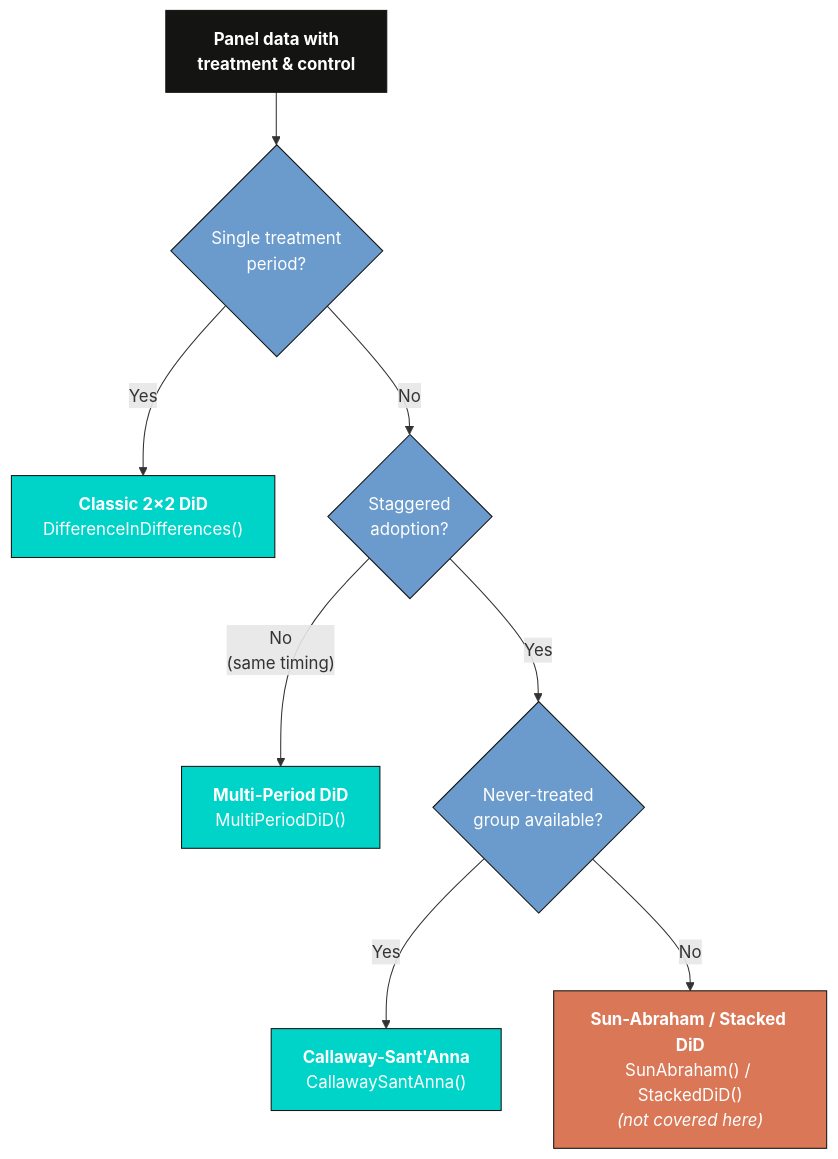
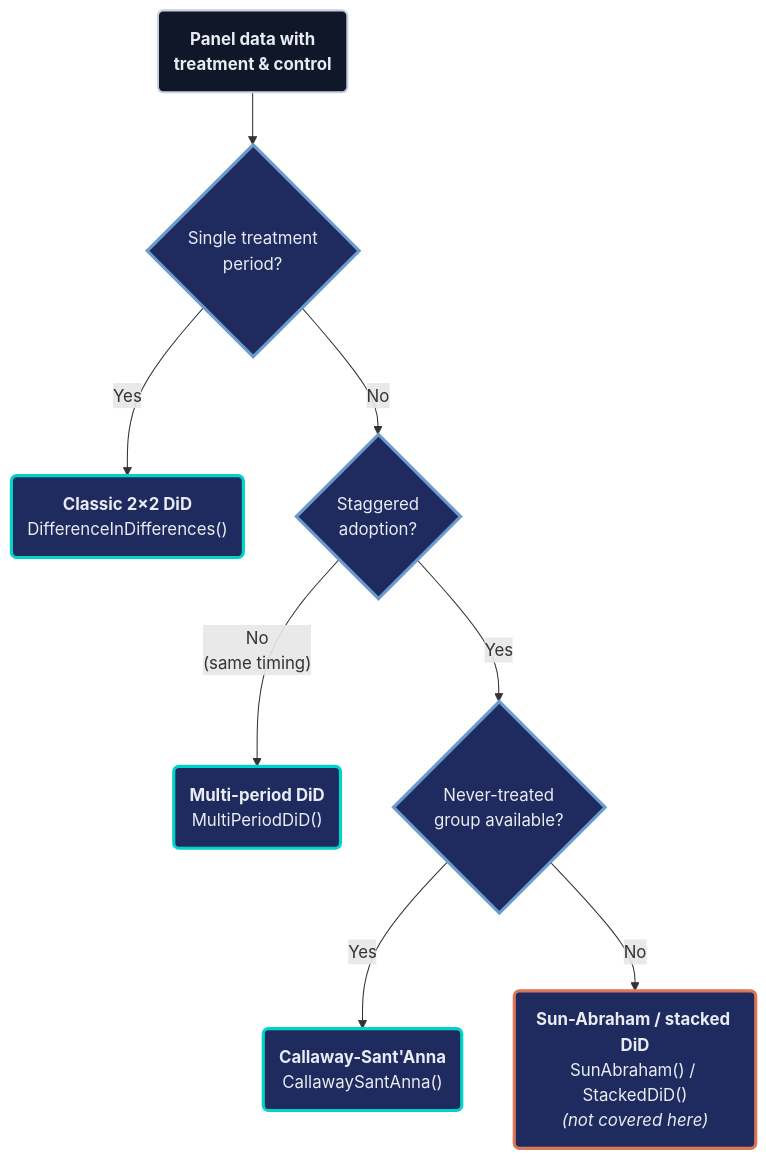
One commit to cmg777/starter-academic-v501 changed the second of 2 diagrams in content/post/python_did/references/tutorial.qmd. Above: the diagram before and after it, drawn with Mermaid. The commit also changed other lines of this file and 42 other files, not shown here.

First line of the commit message:
content(mermaid): restyle Mermaid copies in tutorial sources and the LaLonde slide deck

````diff
--- a/content/post/python_did/references/tutorial.qmd
+++ b/content/post/python_did/references/tutorial.qmd
@@ -882,19 +882,23 @@
 ```{mermaid}
 graph TD
-    A["<b>Panel data with<br/>treatment & control</b>"] --> B{"Single treatment<br/>period?"}
-    B -->|Yes| C["<b>Classic 2×2 DiD</b><br/>DifferenceInDifferences()"]
+    A("<b>Panel data with<br/>treatment & control</b>") --> B{"Single treatment<br/>period?"}
+    B -->|Yes| C("<b>Classic 2×2 DiD</b><br/>DifferenceInDifferences()")
     B -->|No| D{"Staggered<br/>adoption?"}
-    D -->|"No<br/>(same timing)"| E["<b>Multi-Period DiD</b><br/>MultiPeriodDiD()"]
+    D -->|"No<br/>(same timing)"| E("<b>Multi-period DiD</b><br/>MultiPeriodDiD()")
     D -->|Yes| F{"Never-treated<br/>group available?"}
-    F -->|Yes| G["<b>Callaway-Sant'Anna</b><br/>CallawaySantAnna()"]
-    F -->|No| H["<b>Sun-Abraham / Stacked DiD</b><br/>SunAbraham() / StackedDiD()<br/><i>(not covered here)</i>"]
+    F -->|Yes| G("<b>Callaway-Sant'Anna</b><br/>CallawaySantAnna()")
+    F -->|No| H("<b>Sun-Abraham / stacked DiD</b><br/>SunAbraham() / StackedDiD()<br/><i>(not covered here)</i>")
 
-    style A fill:#141413,stroke:#141413,color:#fff
-    style B fill:#6a9bcc,stroke:#141413,color:#fff
-    style C fill:#00d4c8,stroke:#141413,color:#fff
-    style D fill:#6a9bcc,stroke:#141413,color:#fff
-    style E fill:#00d4c8,stroke:#141413,color:#fff
-    style F fill:#6a9bcc,stroke:#141413,color:#fff
-    style G fill:#00d4c8,stroke:#141413,color:#fff
-    style H fill:#d97757,stroke:#141413,color:#fff
+    classDef sty_B fill:#1f2b5e,stroke:#6a9bcc,stroke-width:3px,color:#e8ecf2
+    class B sty_B
+    classDef sty_D fill:#1f2b5e,stroke:#6a9bcc,stroke-width:3px,color:#e8ecf2
+    class D sty_D
+    classDef sty_F fill:#1f2b5e,stroke:#6a9bcc,stroke-width:3px,color:#e8ecf2
+    class F sty_F
+    classDef anchor fill:#0f1729,stroke:#c8d0e0,stroke-width:2px,color:#e8ecf2
+    classDef teal fill:#1f2b5e,stroke:#00d4c8,stroke-width:3px,color:#e8ecf2
+    classDef orange fill:#1f2b5e,stroke:#d97757,stroke-width:3px,color:#e8ecf2
+    class A anchor
+    class C,E,G teal
+    class H orange
 ```
````
